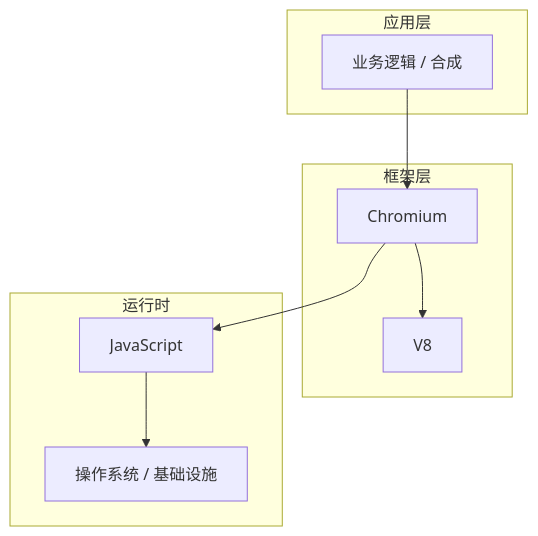
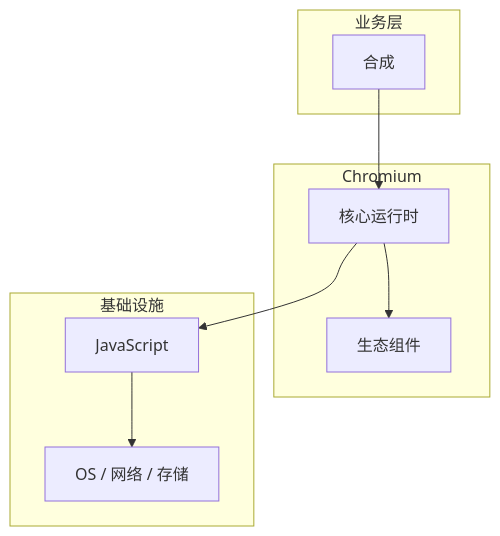
The diagram in articles/浏览器原理/chapters/037-合成核心概念与原理.md (yanggan2015/knowledge-json-v2), drawn with Mermaid before and after one commit. The commit also changed other lines of this file and 10127 other files, not shown here.

````diff
--- a/articles/浏览器原理/chapters/037-合成核心概念与原理.md
+++ b/articles/浏览器原理/chapters/037-合成核心概念与原理.md
@@ -45,18 +34,18 @@
 ```mermaid
 graph TB
-    subgraph 应用层
-        A[业务逻辑 / 合成]
+    subgraph 业务层
+        A[合成]
     end
-    subgraph 框架层
-        B[Chromium]
-        C[V8]
+    subgraph Chromium
+        B[核心运行时]
+        C[生态组件]
     end
-    subgraph 运行时
+    subgraph 基础设施
         D[JavaScript]
-        E[操作系统 / 基础设施]
+        E[OS / 网络 / 存储]
     end
     A --> B
     B --> C
     B --> D
     D --> E
 ```
````
